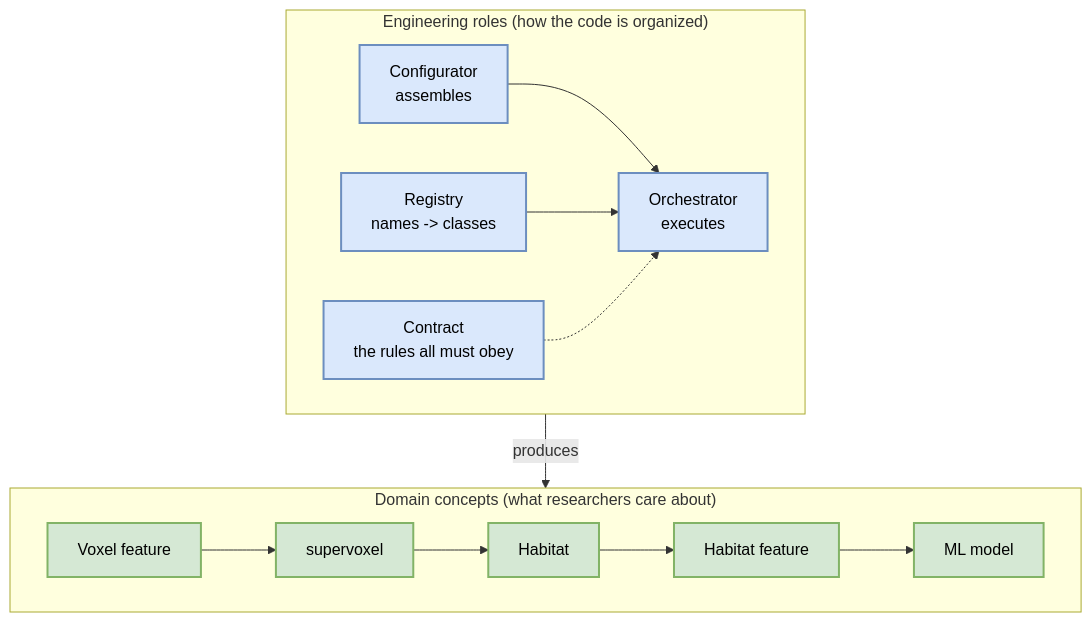
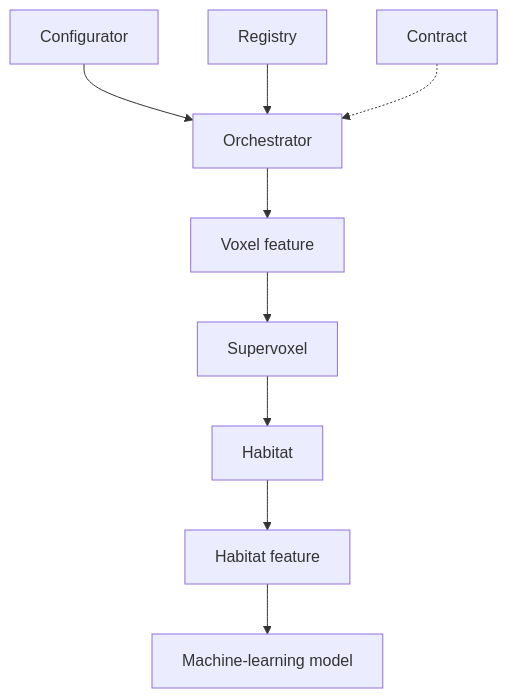
The first of 2 diagrams in docs/source/development/mental_model.rst (lichao312214129/HABIT), drawn with Mermaid before and after one commit. The commit also changed other lines of this file and 12 other files, not shown here.

```diff
--- a/docs/source/development/mental_model.rst
+++ b/docs/source/development/mental_model.rst
@@ -13,17 +13,9 @@
 .. mermaid::
 
    flowchart TD
-     classDef dom fill:#d5e8d4,stroke:#82b366,stroke-width:2px,color:#000;
-     classDef eng fill:#dae8fc,stroke:#6c8ebf,stroke-width:2px,color:#000;
-
-     subgraph Domain["Domain concepts (what researchers care about)"]
-       V["Voxel feature"]:::dom --> SV["supervoxel"]:::dom --> H["Habitat"]:::dom --> F["Habitat feature"]:::dom --> M["ML model"]:::dom
-     end
-
-     subgraph Eng["Engineering roles (how the code is organized)"]
-       CFG["Configurator<br/>assembles"]:::eng --> ORC["Orchestrator<br/>executes"]:::eng
-       REG["Registry<br/>names -> classes"]:::eng --> ORC
-       CON["Contract<br/>the rules all must obey"]:::eng -.-> ORC
-     end
-
-     Eng -->|produces| Domain
+     V["Voxel feature"] --> SV["Supervoxel"] --> H["Habitat"]
+     H --> F["Habitat feature"] --> M["Machine-learning model"]
+     C["Configurator"] --> O["Orchestrator"]
+     R["Registry"] --> O
+     K["Contract"] -.-> O
+     O --> V
```
